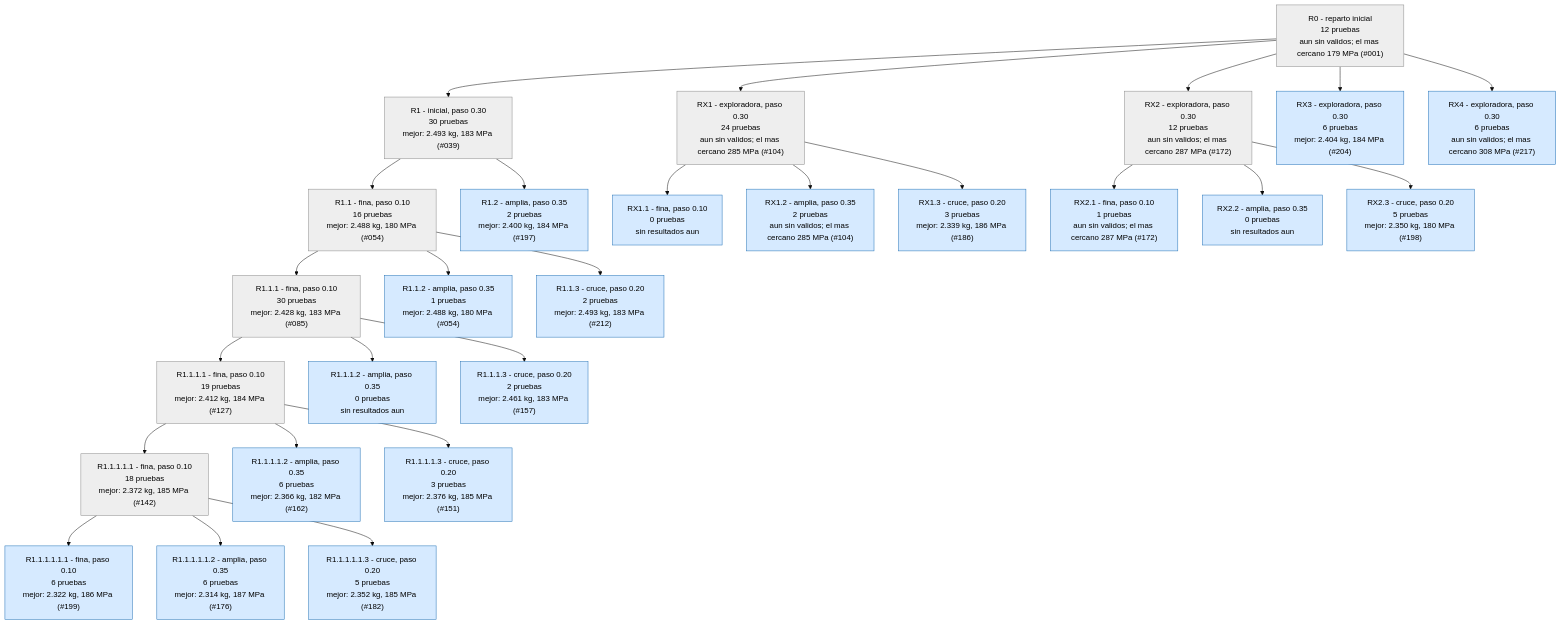
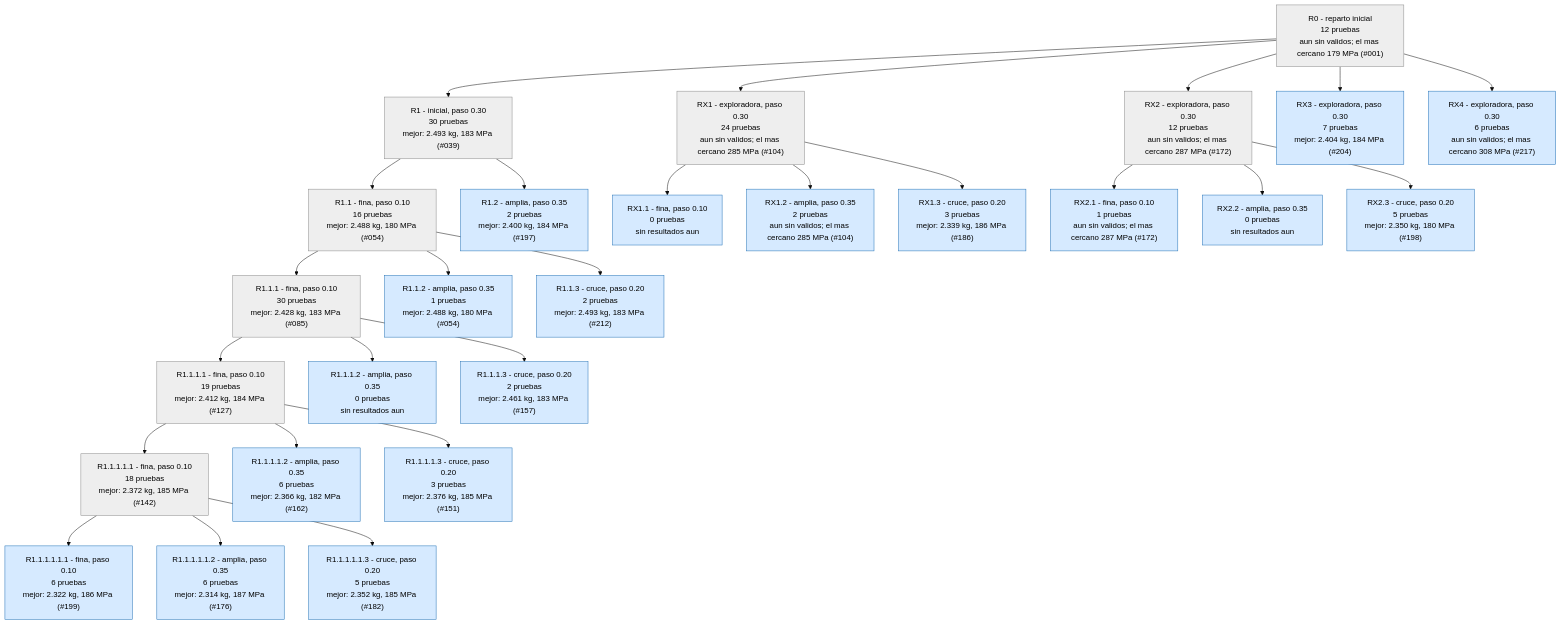
Before and after one commit to Hugiko/msd-soporte-optimizacion: the second of 4 diagrams in runs/opt_37800N/ARBOL.md, drawn with Mermaid (base theme). The commit also changed 20 other files, not shown here.

````diff
--- a/runs/opt_37800N/ARBOL.md
+++ b/runs/opt_37800N/ARBOL.md
@@ -53,57 +53,57 @@
 ```mermaid
 graph TD
 classDef activa fill:#d6eaff,stroke:#1f6fb5,color:#000
 classDef fin fill:#eeeeee,stroke:#888,color:#000
 classDef mejor fill:#c8f0c0,stroke:#1a9850,stroke-width:4px,color:#000
 R0["R0 - reparto inicial<br/>12 pruebas<br/>aun sin validos; el mas cercano 179 MPa (#001)"]:::fin
 R1["R1 - inicial, paso 0.30<br/>30 pruebas<br/>mejor: 2.493 kg, 183 MPa (#039)"]:::fin
 R0 --> R1
 R1_1["R1.1 - fina, paso 0.10<br/>16 pruebas<br/>mejor: 2.488 kg, 180 MPa (#054)"]:::fin
 R1 --> R1_1
 R1_2["R1.2 - amplia, paso 0.35<br/>2 pruebas<br/>mejor: 2.400 kg, 184 MPa (#197)"]:::activa
 R1 --> R1_2
 R1_1_1["R1.1.1 - fina, paso 0.10<br/>30 pruebas<br/>mejor: 2.428 kg, 183 MPa (#085)"]:::fin
 R1_1 --> R1_1_1
 R1_1_2["R1.1.2 - amplia, paso 0.35<br/>1 pruebas<br/>mejor: 2.488 kg, 180 MPa (#054)"]:::activa
 R1_1 --> R1_1_2
 R1_1_3["R1.1.3 - cruce, paso 0.20<br/>2 pruebas<br/>mejor: 2.493 kg, 183 MPa (#212)"]:::activa
 R1_1 --> R1_1_3
 R1_1_1_1["R1.1.1.1 - fina, paso 0.10<br/>19 pruebas<br/>mejor: 2.412 kg, 184 MPa (#127)"]:::fin
 R1_1_1 --> R1_1_1_1
 R1_1_1_2["R1.1.1.2 - amplia, paso 0.35<br/>0 pruebas<br/>sin resultados aun"]:::activa
 R1_1_1 --> R1_1_1_2
 R1_1_1_3["R1.1.1.3 - cruce, paso 0.20<br/>2 pruebas<br/>mejor: 2.461 kg, 183 MPa (#157)"]:::activa
 R1_1_1 --> R1_1_1_3
 RX1["RX1 - exploradora, paso 0.30<br/>24 pruebas<br/>aun sin validos; el mas cercano 285 MPa (#104)"]:::fin
 R0 --> RX1
 RX1_1["RX1.1 - fina, paso 0.10<br/>0 pruebas<br/>sin resultados aun"]:::activa
 RX1 --> RX1_1
 RX1_2["RX1.2 - amplia, paso 0.35<br/>2 pruebas<br/>aun sin validos; el mas cercano 285 MPa (#104)"]:::activa
 RX1 --> RX1_2
 RX1_3["RX1.3 - cruce, paso 0.20<br/>3 pruebas<br/>mejor: 2.339 kg, 186 MPa (#186)"]:::activa
 RX1 --> RX1_3
 R1_1_1_1_1["R1.1.1.1.1 - fina, paso 0.10<br/>18 pruebas<br/>mejor: 2.372 kg, 185 MPa (#142)"]:::fin
 R1_1_1_1 --> R1_1_1_1_1
 R1_1_1_1_2["R1.1.1.1.2 - amplia, paso 0.35<br/>6 pruebas<br/>mejor: 2.366 kg, 182 MPa (#162)"]:::activa
 R1_1_1_1 --> R1_1_1_1_2
 R1_1_1_1_3["R1.1.1.1.3 - cruce, paso 0.20<br/>3 pruebas<br/>mejor: 2.376 kg, 185 MPa (#151)"]:::activa
 R1_1_1_1 --> R1_1_1_1_3
 R1_1_1_1_1_1["R1.1.1.1.1.1 - fina, paso 0.10<br/>6 pruebas<br/>mejor: 2.322 kg, 186 MPa (#199)"]:::activa
 R1_1_1_1_1 --> R1_1_1_1_1_1
 R1_1_1_1_1_2["R1.1.1.1.1.2 - amplia, paso 0.35<br/>6 pruebas<br/>mejor: 2.314 kg, 187 MPa (#176)"]:::activa
 R1_1_1_1_1 --> R1_1_1_1_1_2
 R1_1_1_1_1_3["R1.1.1.1.1.3 - cruce, paso 0.20<br/>5 pruebas<br/>mejor: 2.352 kg, 185 MPa (#182)"]:::activa
 R1_1_1_1_1 --> R1_1_1_1_1_3
 RX2["RX2 - exploradora, paso 0.30<br/>12 pruebas<br/>aun sin validos; el mas cercano 287 MPa (#172)"]:::fin
 R0 --> RX2
 RX2_1["RX2.1 - fina, paso 0.10<br/>1 pruebas<br/>aun sin validos; el mas cercano 287 MPa (#172)"]:::activa
 RX2 --> RX2_1
 RX2_2["RX2.2 - amplia, paso 0.35<br/>0 pruebas<br/>sin resultados aun"]:::activa
 RX2 --> RX2_2
 RX2_3["RX2.3 - cruce, paso 0.20<br/>5 pruebas<br/>mejor: 2.350 kg, 180 MPa (#198)"]:::activa
 RX2 --> RX2_3
-RX3["RX3 - exploradora, paso 0.30<br/>6 pruebas<br/>mejor: 2.404 kg, 184 MPa (#204)"]:::activa
+RX3["RX3 - exploradora, paso 0.30<br/>7 pruebas<br/>mejor: 2.404 kg, 184 MPa (#204)"]:::activa
 R0 --> RX3
 RX4["RX4 - exploradora, paso 0.30<br/>6 pruebas<br/>aun sin validos; el mas cercano 308 MPa (#217)"]:::activa
 R0 --> RX4
 ```
````
